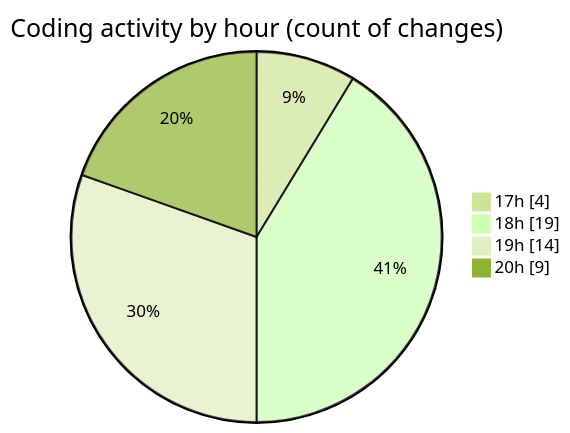
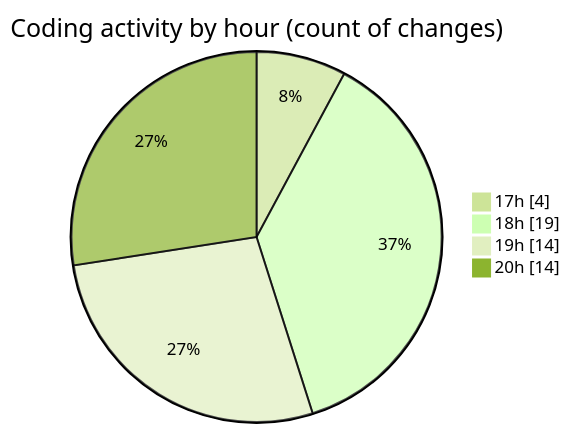
The second of 2 diagrams in 2025-03-18/myws__workspace_/README.md (MatusMokan/code-tracking), drawn with Mermaid (forest theme) before and after one commit. The commit also changed other lines of this file and 1 other file, not shown here.

````diff
--- a/2025-03-18/myws__workspace_/README.md
+++ b/2025-03-18/myws__workspace_/README.md
@@ -31,8 +31,8 @@
 ```mermaid
 pie showData
 title Coding activity by hour (count of changes)
 "17h" : 4
 "18h" : 19
 "19h" : 14
-"20h" : 9
+"20h" : 14
 ```
````
